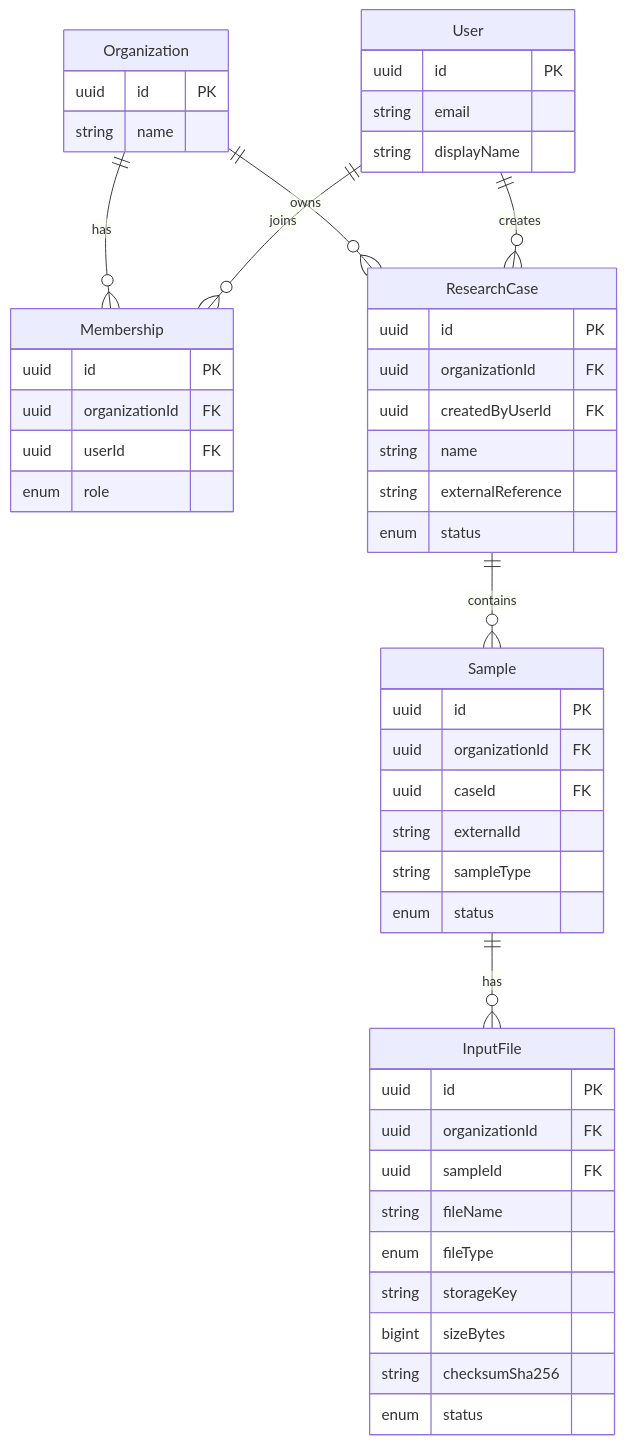
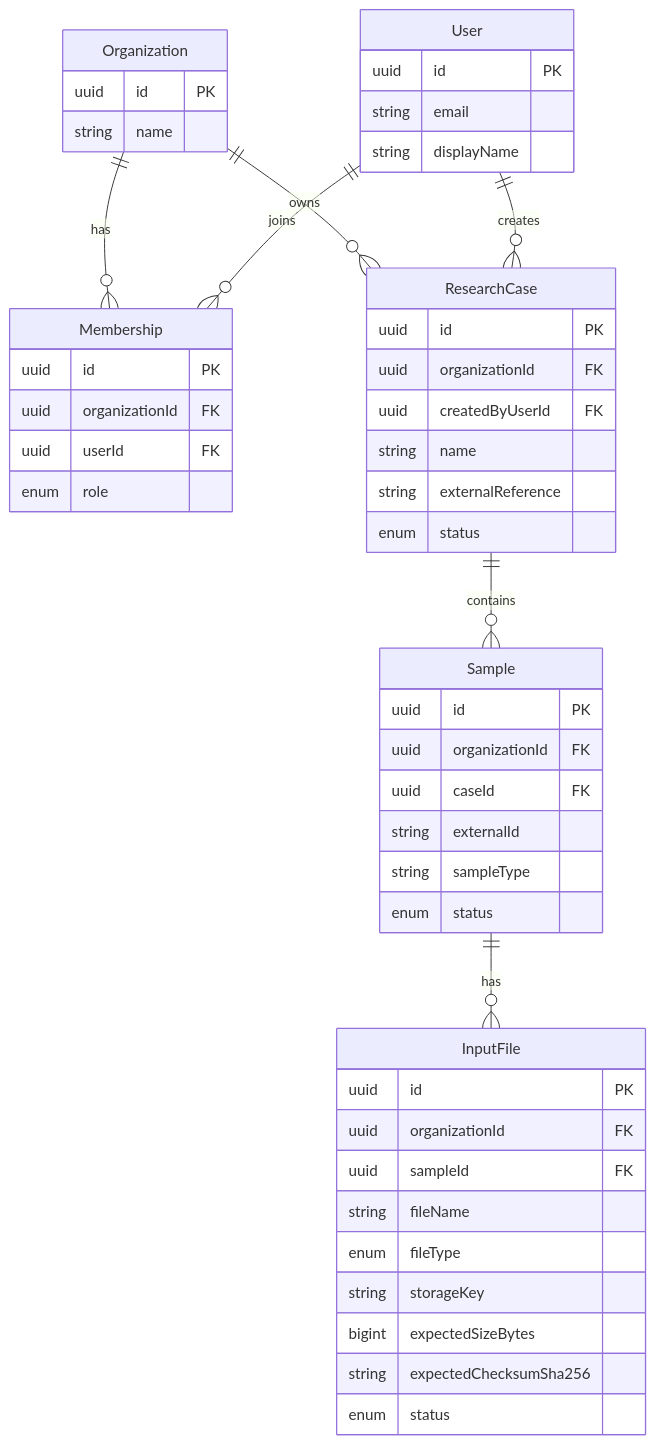
The diagram in docs/architecture/domain-model.md (sagheermrd/oncotrace), drawn with Mermaid before and after one commit. The commit also changed other lines of this file and 9 other files, not shown here.

Commit message:
Feat: Updating schema and adr decision for file storage and adding migration

````diff
--- a/docs/architecture/domain-model.md
+++ b/docs/architecture/domain-model.md
@@ -111,57 +111,57 @@
 ```mermaid
 erDiagram
     Organization ||--o{ Membership : has
     User ||--o{ Membership : joins
     Organization ||--o{ ResearchCase : owns
     User ||--o{ ResearchCase : creates
     ResearchCase ||--o{ Sample : contains
     Sample ||--o{ InputFile : has
 
     Organization {
         uuid id PK
         string name
     }
 
     User {
         uuid id PK
         string email
         string displayName
     }
 
     Membership {
         uuid id PK
         uuid organizationId FK
         uuid userId FK
         enum role
     }
 
     ResearchCase {
         uuid id PK
         uuid organizationId FK
         uuid createdByUserId FK
         string name
         string externalReference
         enum status
     }
 
     Sample {
         uuid id PK
         uuid organizationId FK
         uuid caseId FK
         string externalId
         string sampleType
         enum status
     }
 
     InputFile {
         uuid id PK
         uuid organizationId FK
         uuid sampleId FK
         string fileName
         enum fileType
         string storageKey
-        bigint sizeBytes
-        string checksumSha256
+        bigint expectedSizeBytes
+        string expectedChecksumSha256
         enum status
     }
 ```
````
